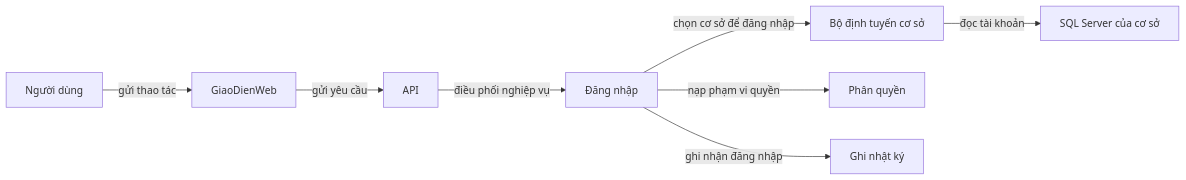
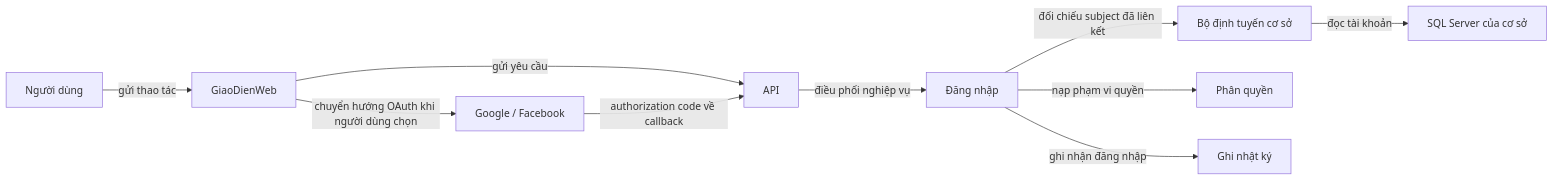
Diagram 15 of 23 in README.md (Quochieu2005/language-center-management), drawn with Mermaid before and after one commit. The commit also changed other lines of this file and 12 other files, not shown here.

````diff
--- a/README.md
+++ b/README.md
@@ -436,10 +436,12 @@
 ```mermaid
 flowchart LR
     NguoiDung["Người dùng"] -->|gửi thao tác| GiaoDienWeb["GiaoDienWeb"]
     GiaoDienWeb["GiaoDienWeb"] -->|gửi yêu cầu| API["API"]
     API["API"] -->|điều phối nghiệp vụ| DangNhap["Đăng nhập"]
-    DangNhap["Đăng nhập"] -->|chọn cơ sở để đăng nhập| SiteRouter["Bộ định tuyến cơ sở"]
+    GiaoDienWeb -->|chuyển hướng OAuth khi người dùng chọn| GoogleFacebook["Google / Facebook"]
+    GoogleFacebook -->|authorization code về callback| API
+    DangNhap -->|đối chiếu subject đã liên kết| SiteRouter["Bộ định tuyến cơ sở"]
     SiteRouter["Bộ định tuyến cơ sở"] -->|đọc tài khoản| SQLServer_CSDL_Site["SQL Server của cơ sở"]
     DangNhap["Đăng nhập"] -->|nạp phạm vi quyền| PhanQuyen["Phân quyền"]
     DangNhap["Đăng nhập"] -->|ghi nhận đăng nhập| GhiNhatKy["Ghi nhật ký"]
 ```
````
